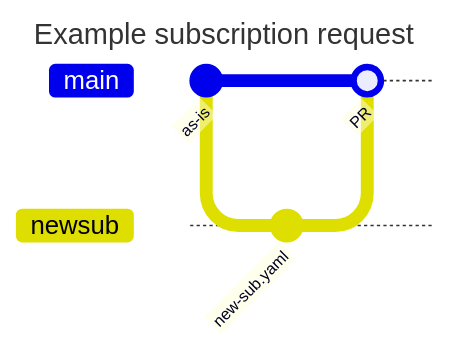
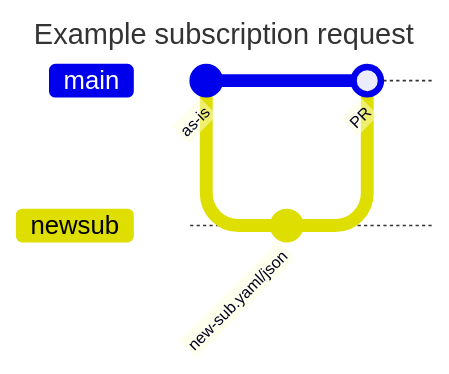
One commit to MicrosoftDocs/architecture-center changed the diagram in docs/landing-zones/subscription-vending-content.md. Above: the diagram before and after it, drawn with Mermaid. The commit also changed other lines of this file, not shown here.

Commit message:
add json and some additional content

````diff
--- a/docs/landing-zones/subscription-vending-content.md
+++ b/docs/landing-zones/subscription-vending-content.md
@@ -49,12 +49,12 @@
 ```mermaid
 ---
 title: Example subscription request
 ---
 gitGraph
   commit id: "as-is"
   branch newsub
   checkout newsub
-  commit id: "new-sub.yaml"
+  commit id: "new-sub.yaml/json"
   checkout main
   merge newsub id: "PR"
 ```
````
